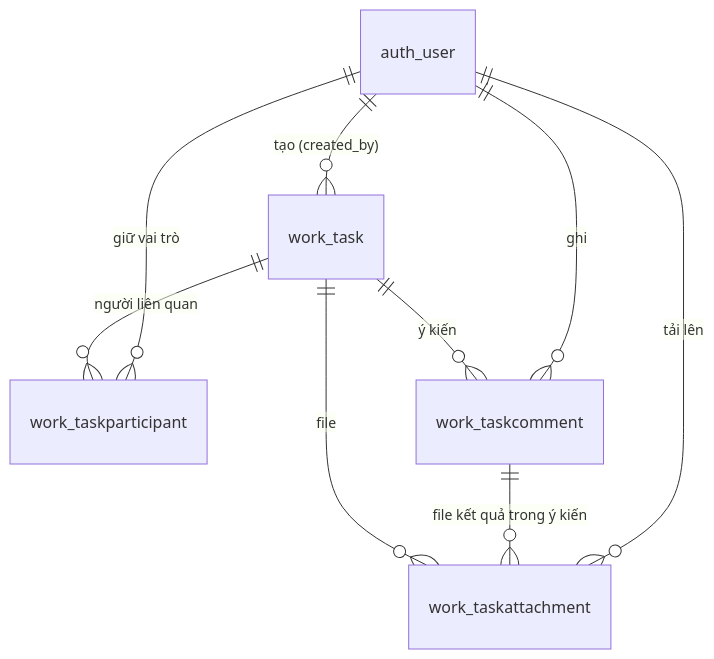
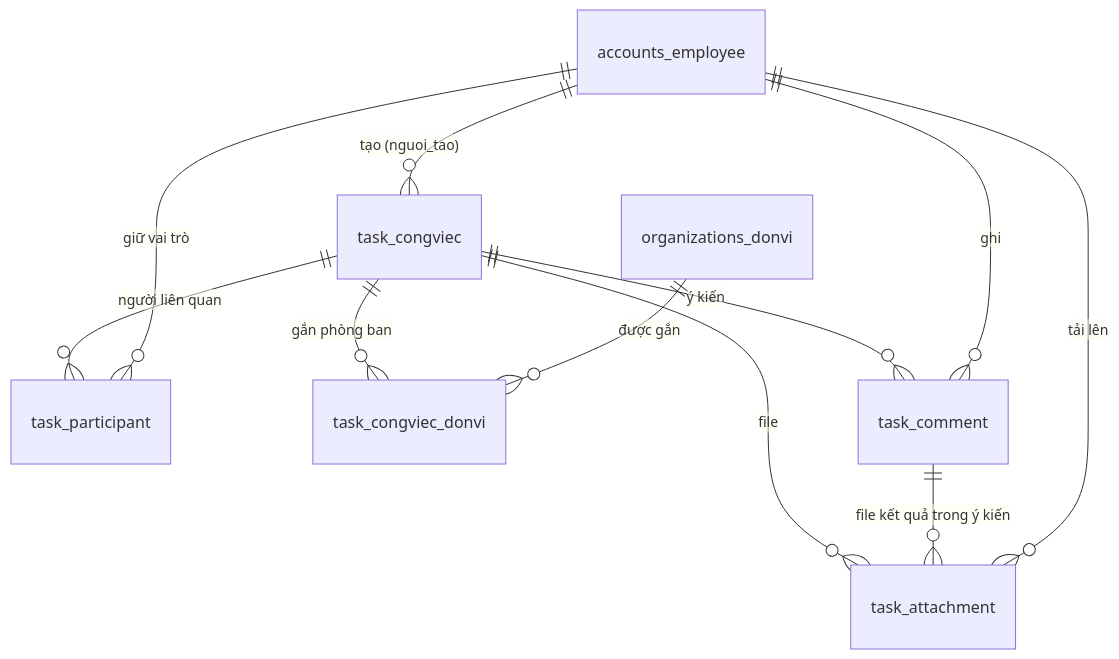
The diagram in docs/modules/06_tasks_management/schema.md (Deus-Tinh/QuanLyVanBan_TLBM), drawn with Mermaid before and after one commit. The commit also changed other lines of this file and 1 other file, not shown here.

First line of the commit message:
docs(work): cap nhat schema.md va api.md theo CSDL PM chot

````diff
--- a/docs/modules/06_tasks_management/schema.md
+++ b/docs/modules/06_tasks_management/schema.md
@@ -10,11 +11,13 @@
 ```mermaid
 erDiagram
-    auth_user ||--o{ work_task : "tạo (created_by)"
-    work_task ||--o{ work_taskparticipant : "người liên quan"
-    auth_user ||--o{ work_taskparticipant : "giữ vai trò"
-    work_task ||--o{ work_taskcomment : "ý kiến"
-    auth_user ||--o{ work_taskcomment : "ghi"
-    work_task ||--o{ work_taskattachment : "file"
-    work_taskcomment ||--o{ work_taskattachment : "file kết quả trong ý kiến"
-    auth_user ||--o{ work_taskattachment : "tải lên"
+    accounts_employee ||--o{ task_congviec : "tạo (nguoi_tao)"
+    task_congviec ||--o{ task_participant : "người liên quan"
+    accounts_employee ||--o{ task_participant : "giữ vai trò"
+    task_congviec ||--o{ task_congviec_donvi : "gắn phòng ban"
+    organizations_donvi ||--o{ task_congviec_donvi : "được gắn"
+    task_congviec ||--o{ task_comment : "ý kiến"
+    accounts_employee ||--o{ task_comment : "ghi"
+    task_congviec ||--o{ task_attachment : "file"
+    task_comment ||--o{ task_attachment : "file kết quả trong ý kiến"
+    accounts_employee ||--o{ task_attachment : "tải lên"
 ```
````
